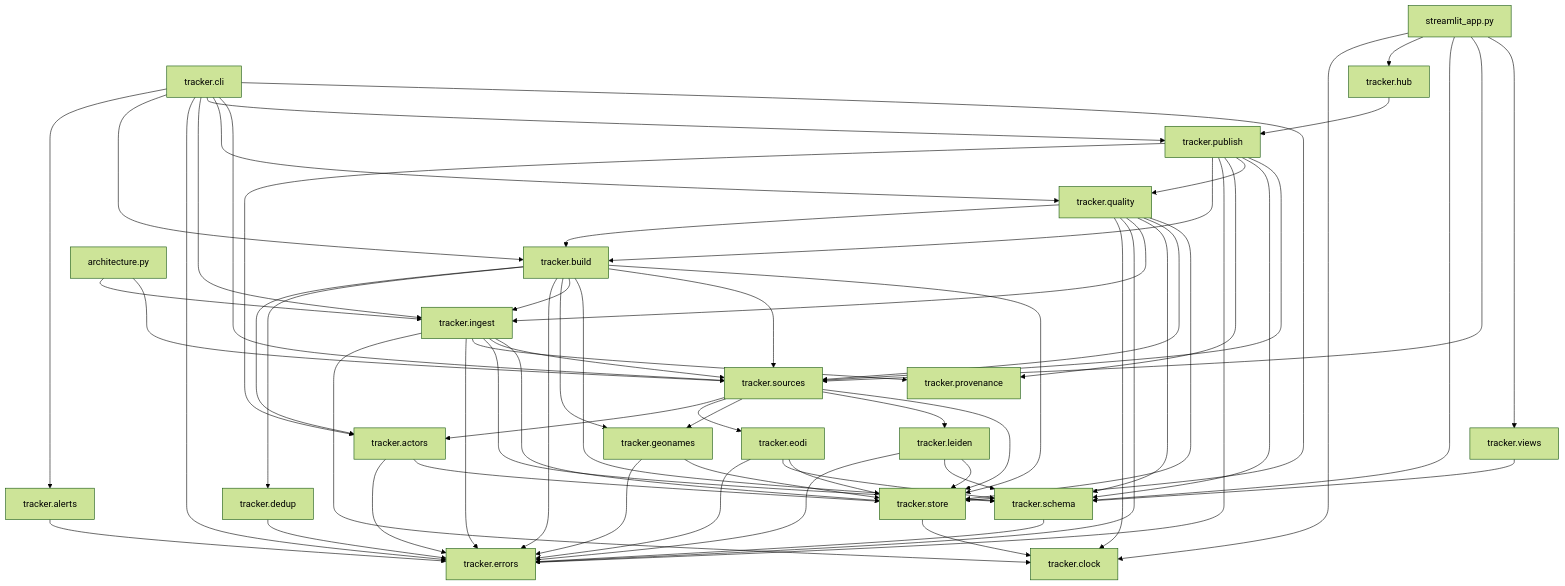
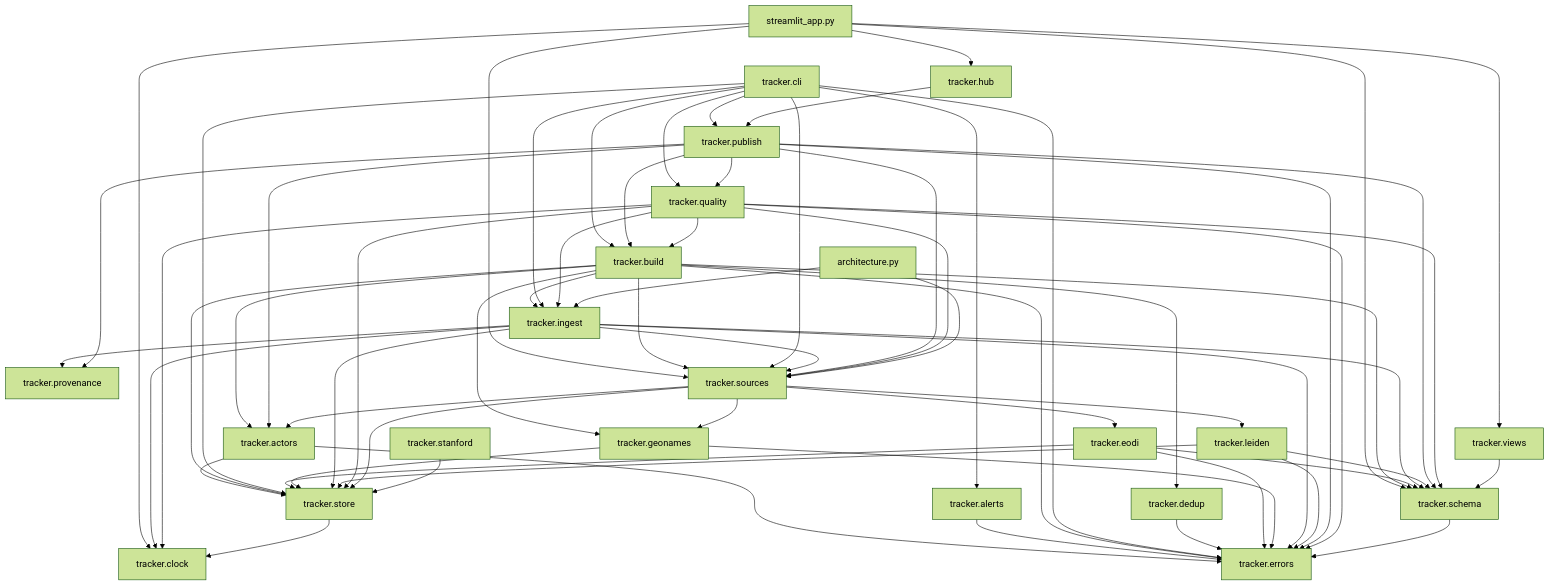
The third of 3 diagrams in docs/architecture.md (tryph0n/hybrid-tracker), drawn with Mermaid (forest theme) before and after one commit. The commit also changed other lines of this file and 7 other files, not shown here.

```diff
--- a/docs/architecture.md
+++ b/docs/architecture.md
@@ -177,6 +177,7 @@
   module_tracker_quality["tracker.quality"]
   module_tracker_schema["tracker.schema"]
   module_tracker_sources["tracker.sources"]
+  module_tracker_stanford["tracker.stanford"]
   module_tracker_store["tracker.store"]
   module_tracker_views["tracker.views"]
   module_architecture_py["architecture.py"]
@@ -240,6 +241,7 @@
   module_tracker_sources --> module_tracker_geonames
   module_tracker_sources --> module_tracker_leiden
   module_tracker_sources --> module_tracker_store
+  module_tracker_stanford --> module_tracker_store
   module_tracker_store --> module_tracker_clock
   module_tracker_views --> module_tracker_schema
   module_architecture_py --> module_tracker_ingest
```
